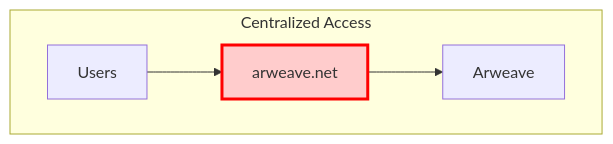
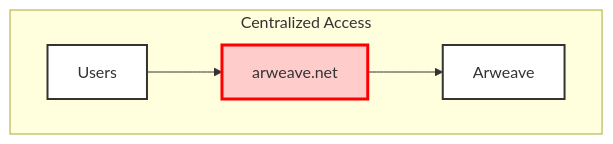
Before and after one commit to ar-io/docs: the first of 3 diagrams in content/learn/wayfinder/index.mdx, drawn with Mermaid. The commit also changed other lines of this file and 1 other file, not shown here.

Commit message:
fix(arns): updated mermaid diagrams

````diff
--- a/content/learn/wayfinder/index.mdx
+++ b/content/learn/wayfinder/index.mdx
@@ -29,8 +29,10 @@
 ```mermaid
 graph TB
     subgraph "Centralized Access"
         U1[Users] --> AW[arweave.net]
         AW --> AR1[Arweave]
-        style AW fill:#ffcccc,stroke:#ff0000,stroke-width:3px
+        style AW fill:#ffcccc,stroke:#ff0000,stroke-width:3px,color:#333
+        style U1 fill:#fff,stroke:#333,stroke-width:2px,color:#333
+        style AR1 fill:#fff,stroke:#333,stroke-width:2px,color:#333
     end
 ```
````
